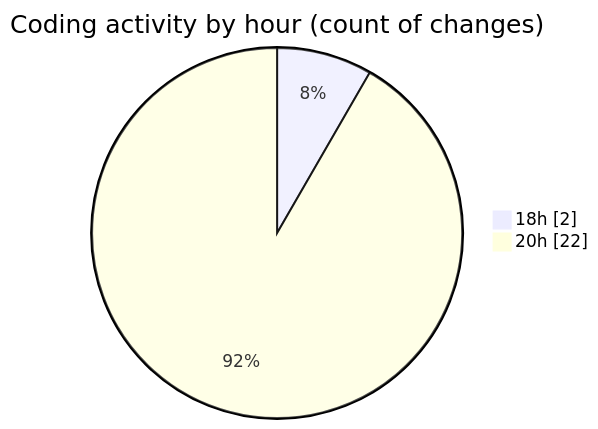
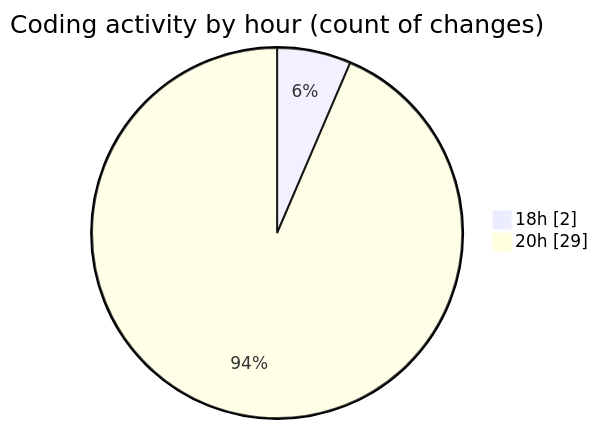
One commit to robertbonfada/code-tracking changed the second of 2 diagrams in 2025-02-26/area-formacao-web/README.md. Above: the diagram before and after it, drawn with Mermaid. The commit also changed other lines of this file and 1 other file, not shown here.

````diff
--- a/2025-02-26/area-formacao-web/README.md
+++ b/2025-02-26/area-formacao-web/README.md
@@ -39,6 +42,6 @@
 ```mermaid
 pie showData
 title Coding activity by hour (count of changes)
 "18h" : 2
-"20h" : 22
+"20h" : 29
 ```
````
